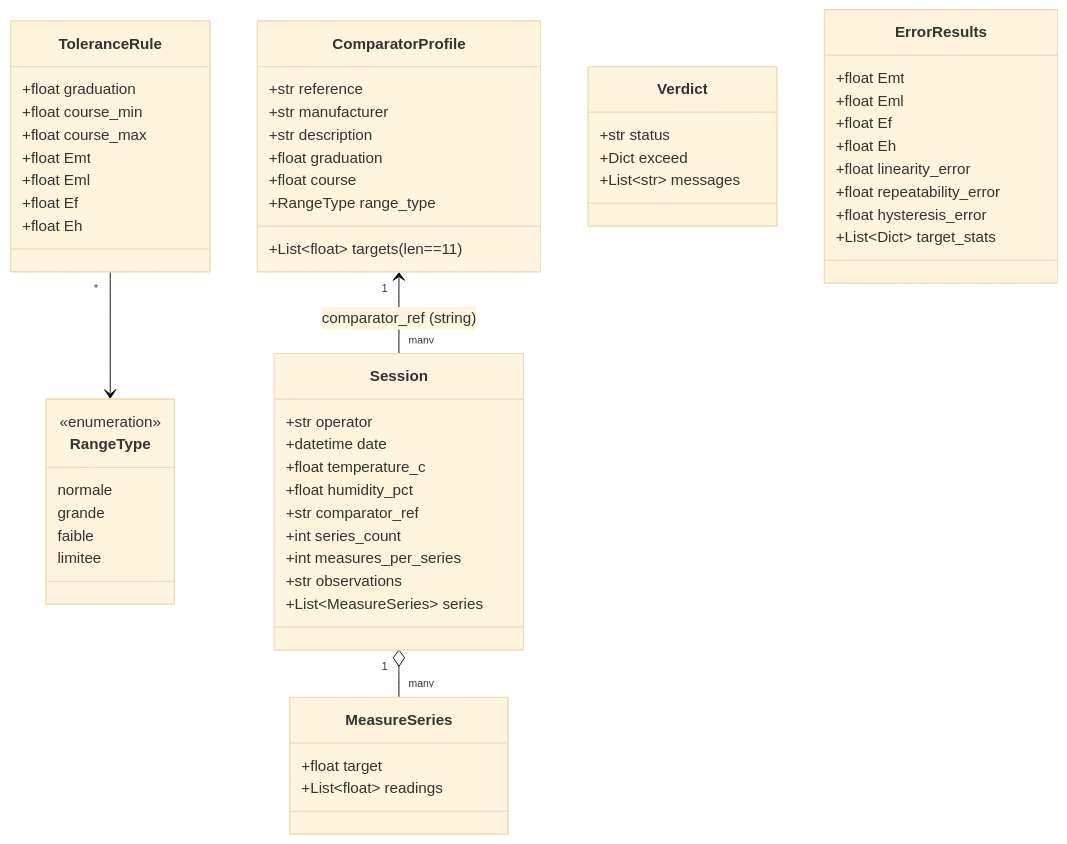
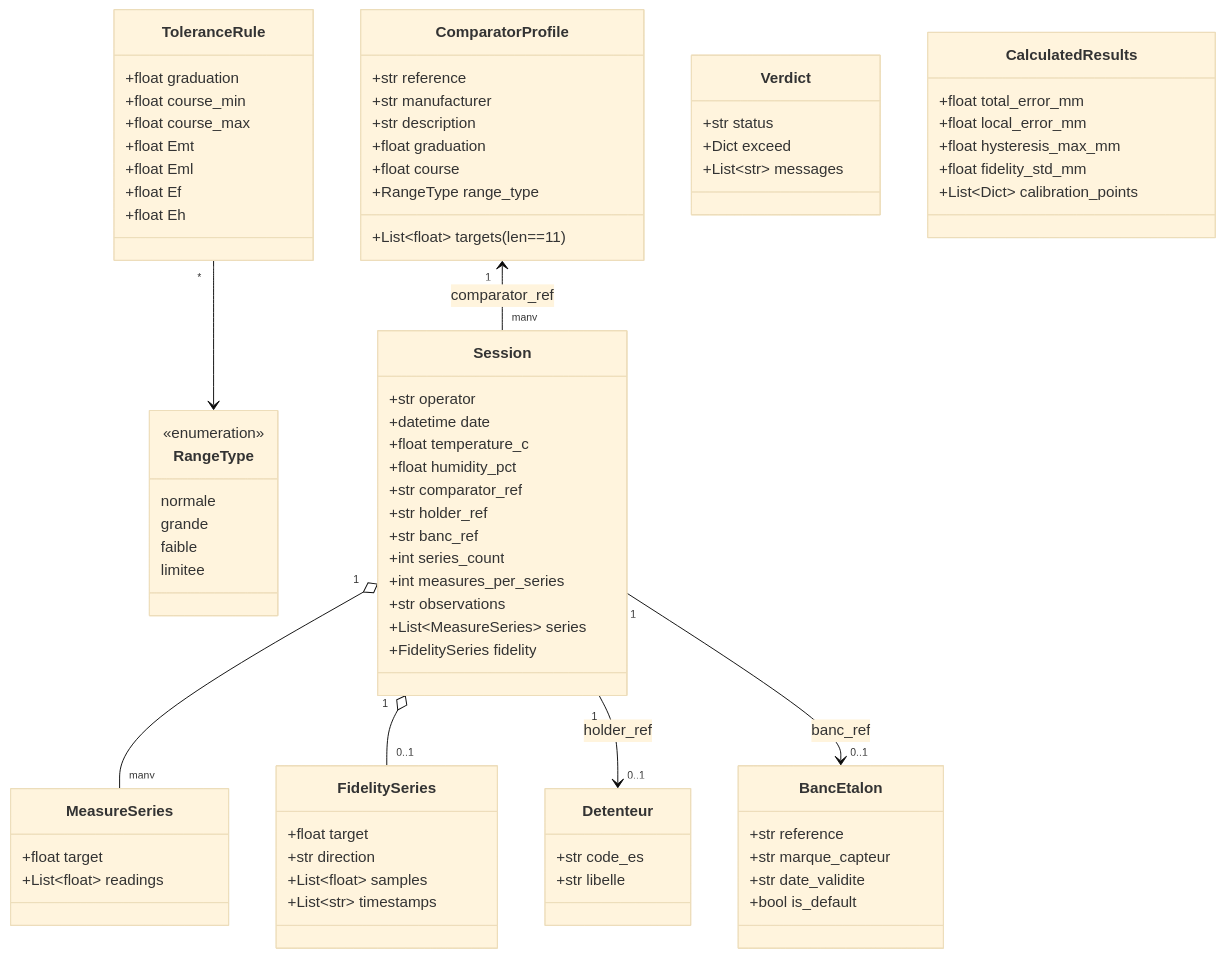
One commit to xmaquet/EtaComp2k25 changed the diagram in docs/data-model-reverse.md. Above: the diagram before and after it, drawn with Mermaid (base theme). The commit also changed other lines of this file and 12 other files, not shown here.

````diff
--- a/docs/data-model-reverse.md
+++ b/docs/data-model-reverse.md
@@ -94,15 +89,37 @@
     +float temperature_c
     +float humidity_pct
     +str comparator_ref
+    +str holder_ref
+    +str banc_ref
     +int series_count
     +int measures_per_series
     +str observations
     +List~MeasureSeries~ series
+    +FidelitySeries fidelity
   }
 
   class MeasureSeries {
     +float target
     +List~float~ readings
+  }
+
+  class FidelitySeries {
+    +float target
+    +str direction
+    +List~float~ samples
+    +List~str~ timestamps
+  }
+
+  class Detenteur {
+    +str code_es
+    +str libelle
+  }
+
+  class BancEtalon {
+    +str reference
+    +str marque_capteur
+    +str date_validite
+    +bool is_default
   }
 
   class ToleranceRule {
@@ -121,18 +138,18 @@
     +List~str~ messages
   }
 
-  class ErrorResults {
-    +float Emt
-    +float Eml
-    +float Ef
-    +float Eh
-    +float linearity_error
-    +float repeatability_error
-    +float hysteresis_error
-    +List~Dict~ target_stats
+  class CalculatedResults {
+    +float total_error_mm
+    +float local_error_mm
+    +float hysteresis_max_mm
+    +float fidelity_std_mm
+    +List~Dict~ calibration_points
   }
 
-  ComparatorProfile "1" <-- "many" Session : comparator_ref (string)
+  ComparatorProfile "1" <-- "many" Session : comparator_ref
   Session "1" o-- "many" MeasureSeries
+  Session "1" o-- "0..1" FidelitySeries
+  Session "1" --> "0..1" Detenteur : holder_ref
+  Session "1" --> "0..1" BancEtalon : banc_ref
   ToleranceRule "*" --> RangeType
 ```
````
